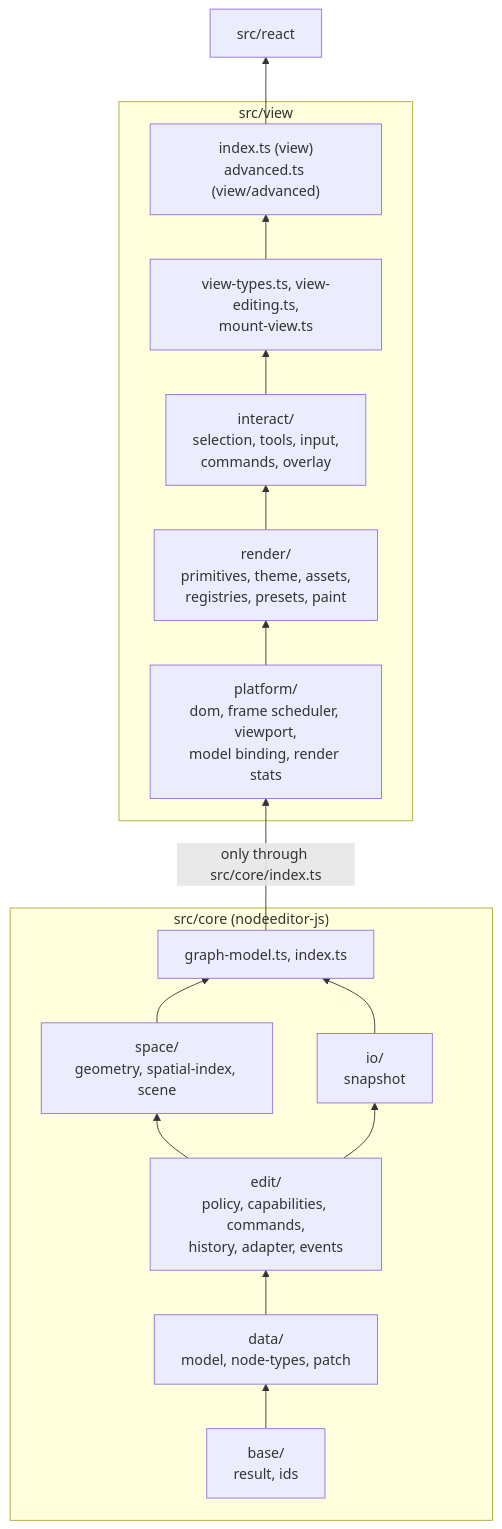
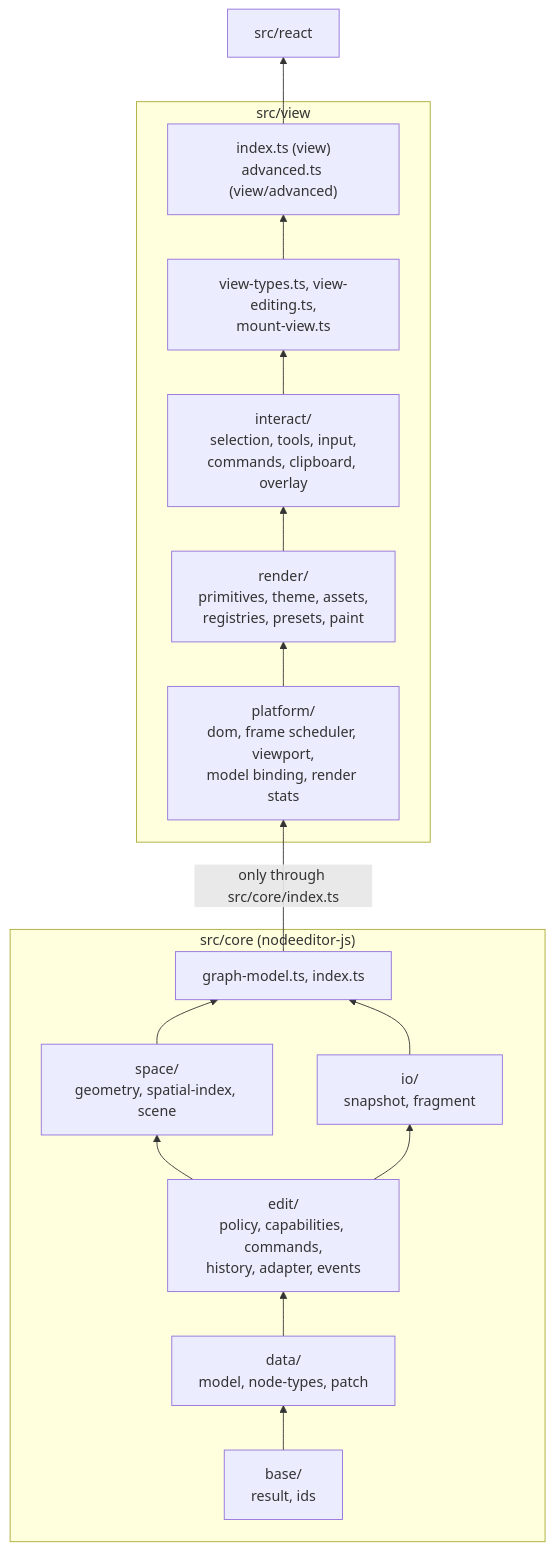
Before and after one commit to paceholder/nodeeditor-js: the sixth of 7 diagrams in docs/architecture.md, drawn with Mermaid. The commit also changed other lines of this file and 7 other files, not shown here.

````diff
--- a/docs/architecture.md
+++ b/docs/architecture.md
@@ -371,18 +376,18 @@
 ```mermaid
 flowchart BT
   subgraph core["src/core (nodeeditor-js)"]
     base["base/<br/>result, ids"] --> data["data/<br/>model, node-types, patch"]
     data --> edit["edit/<br/>policy, capabilities, commands,<br/>history, adapter, events"]
     edit --> space["space/<br/>geometry, spatial-index, scene"]
-    edit --> io["io/<br/>snapshot"]
+    edit --> io["io/<br/>snapshot, fragment"]
     space & io --> facade["graph-model.ts, index.ts"]
   end
   subgraph view["src/view"]
     platform["platform/<br/>dom, frame scheduler, viewport,<br/>model binding, render stats"] --> render["render/<br/>primitives, theme, assets,<br/>registries, presets, paint"]
-    render --> interact["interact/<br/>selection, tools, input,<br/>commands, overlay"]
+    render --> interact["interact/<br/>selection, tools, input,<br/>commands, clipboard, overlay"]
     interact --> mount["view-types.ts, view-editing.ts,<br/>mount-view.ts"]
     mount --> entries["index.ts (view)<br/>advanced.ts (view/advanced)"]
   end
   facade -- "only through src/core/index.ts" --> platform
   entries --> react["src/react"]
 ```
````
